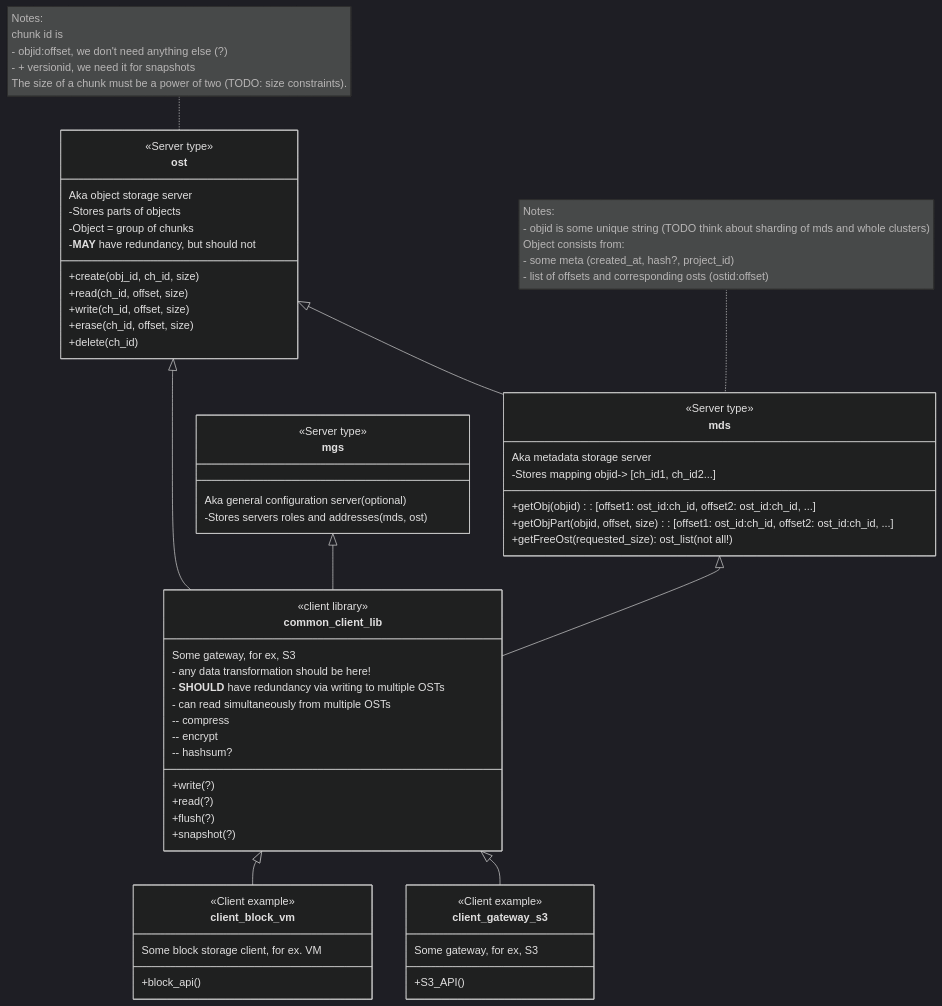
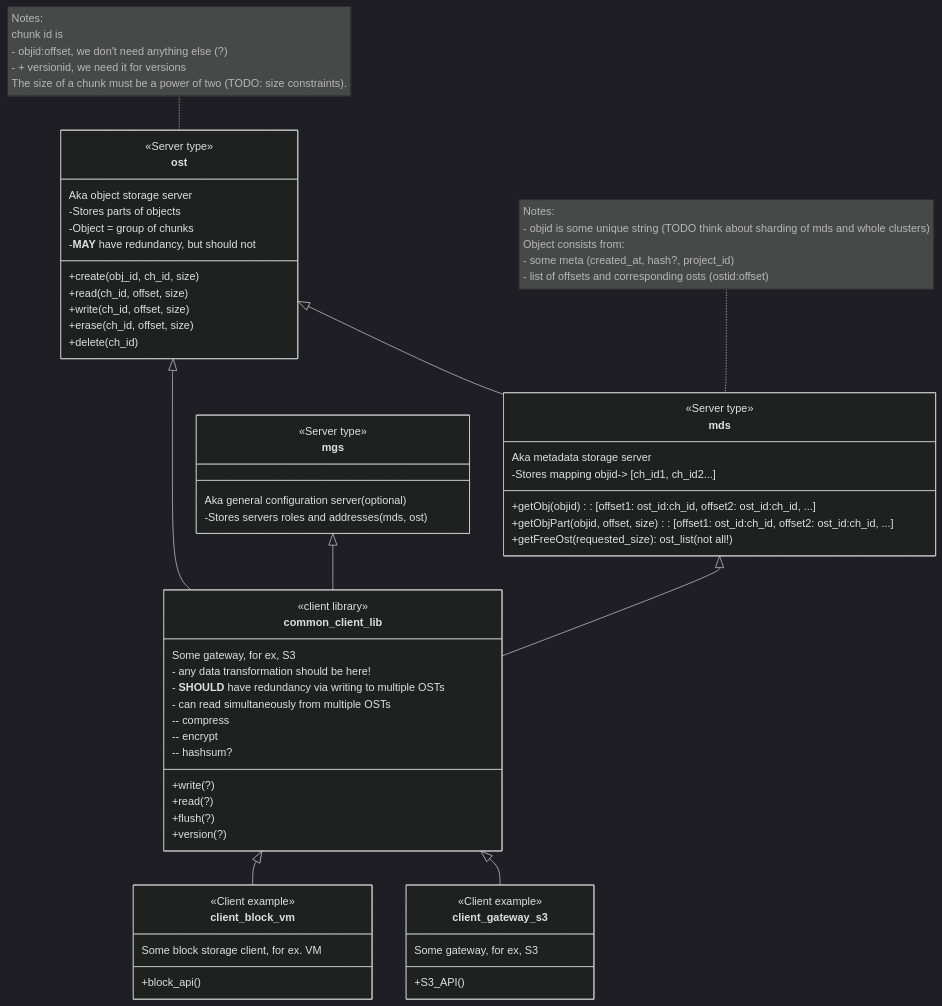
One commit to rawstor/librawstor changed the diagram in docs/architecture.md. Above: the diagram before and after it, drawn with Mermaid (dark theme). The commit also changed other lines of this file and 60 other files, not shown here.

First line of the commit message:
ref: rename snapshot to version (#658)

````diff
--- a/docs/architecture.md
+++ b/docs/architecture.md
@@ -38,70 +38,70 @@
 ```mermaid
 classDiagram
     ost <|-- mds
     ost <|-- common_client_lib
     mds <|-- common_client_lib
     mgs <|-- common_client_lib
     common_client_lib <|-- client_gateway_s3
     common_client_lib <|-- client_block_vm
     class ost{
       <<Server type>>
       Aka object storage server
       -Stores parts of objects
       -Object = group of chunks
       -**MAY** have redundancy, but should not
       +create(obj_id, ch_id, size)
       +read(ch_id, offset, size)
       +write(ch_id, offset, size)
       +erase(ch_id, offset, size)
       +delete(ch_id)
     }
     note for ost "Notes:
     chunk id is
     - objid:offset, we don't need anything else (?)
-    - + versionid, we need it for snapshots
+    - + versionid, we need it for versions
     The size of a chunk must be a power of two (TODO: size constraints)."
 
     class mds{
       <<Server type>>
       Aka metadata storage server
       -Stores mapping objid-> [ch_id1, ch_id2...]
       +getObj(objid): [offset1: ost_id:ch_id, offset2: ost_id:ch_id, ...]
       +getObjPart(objid, offset, size): [offset1: ost_id:ch_id, offset2: ost_id:ch_id, ...]
       +getFreeOst(requested_size): ost_list (not all!)
     }
     note for mds "Notes:
     - objid is some unique string (TODO think about sharding of mds and whole clusters)
     Object consists from:
     - some meta (created_at, hash?, project_id)
     - list of offsets and corresponding osts (ostid:offset)"
 
     class mgs{
       <<Server type>>
       Aka general configuration server (optional)
       -Stores servers roles and addresses (mds, ost)
     }
     class common_client_lib{
       <<client library>>
       Some gateway, for ex, S3
       - any data transformation should be here!
       - **SHOULD** have redundancy via writing to multiple OSTs
       - can read simultaneously from multiple OSTs
       -- compress
       -- encrypt
       -- hashsum?
       +write(?)
       +read(?)
       +flush(?)
-      +snapshot(?)
+      +version(?)
     }
     class client_gateway_s3{
       <<Client example>>
       Some gateway, for ex, S3
       +S3_API()
     }
     class client_block_vm{
       <<Client example>>
       Some block storage client, for ex. VM
       +block_api()
     }
 ```
````
